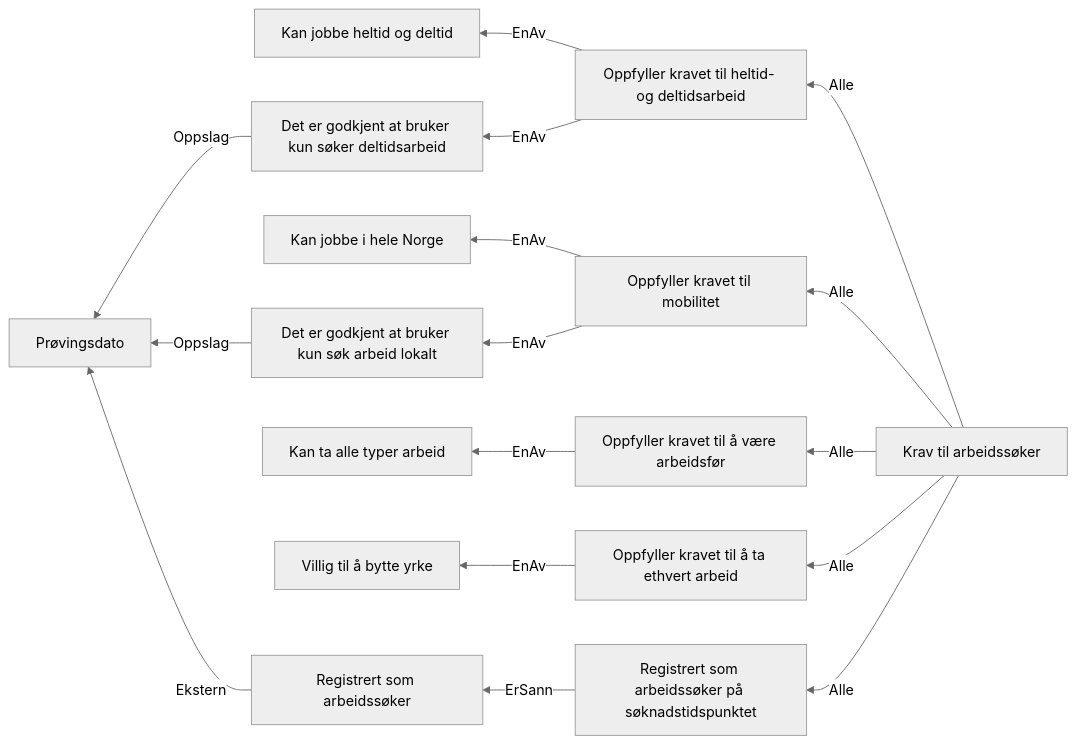
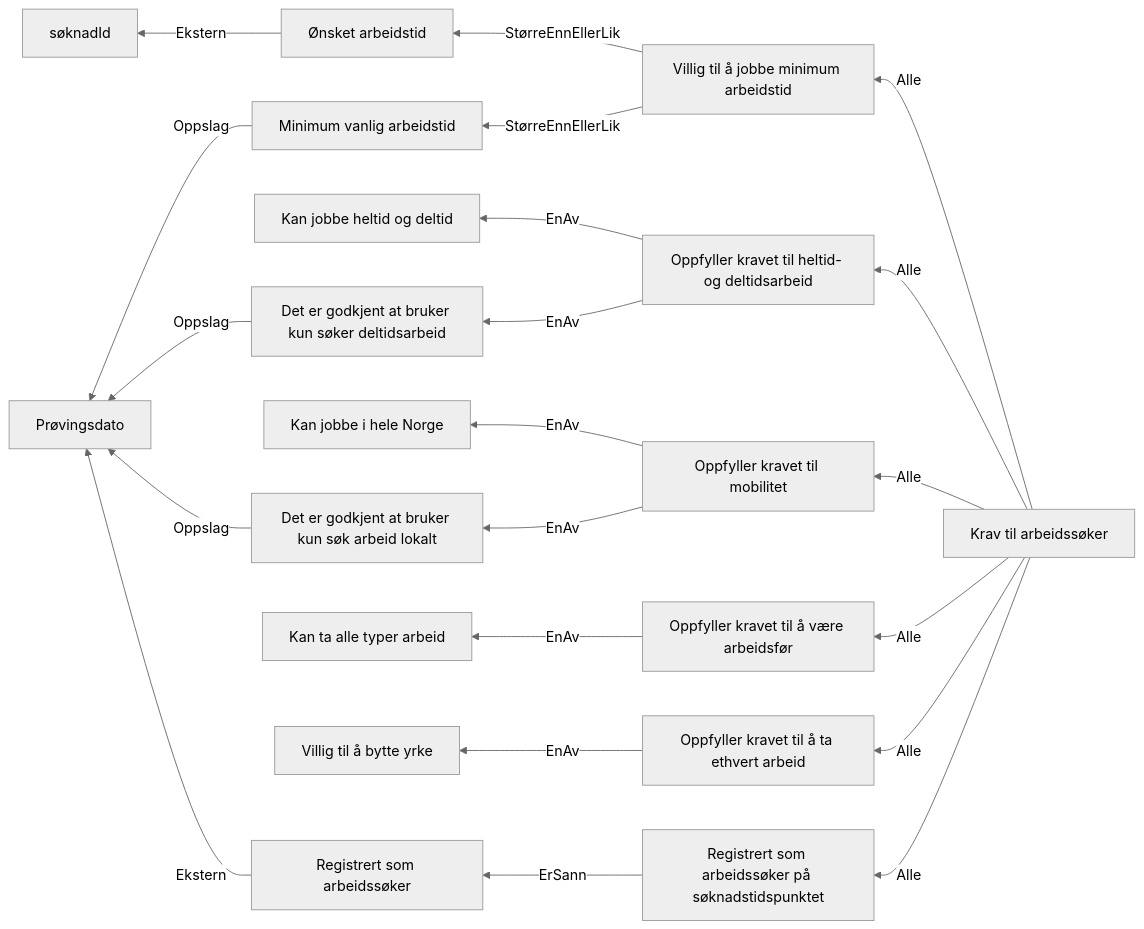
The diagram in docs/regler/§ 4-5. Reelle arbeidssøkere.approved.md (navikt/dp-vedtak), drawn with Mermaid (neutral theme) before and after one commit. The commit also changed other lines of this file and 15 other files, not shown here.

Commit message:
Flytt vurdering av ønsket arbeidstid til reell arbeidssøker

````diff
--- a/docs/regler/§ 4-5. Reelle arbeidssøkere.approved.md
+++ b/docs/regler/§ 4-5. Reelle arbeidssøkere.approved.md
@@ -5,18 +5,23 @@
 ```mermaid
 graph RL
-  A["Det er godkjent at bruker kun søker deltidsarbeid"] -->|"Oppslag"| B["Prøvingsdato"]
-  C["Det er godkjent at bruker kun søk arbeid lokalt"] -->|"Oppslag"| B["Prøvingsdato"]
-  D["Oppfyller kravet til heltid- og deltidsarbeid"] -->|"EnAv"| E["Kan jobbe heltid og deltid"]
-  D["Oppfyller kravet til heltid- og deltidsarbeid"] -->|"EnAv"| A["Det er godkjent at bruker kun søker deltidsarbeid"]
-  F["Oppfyller kravet til mobilitet"] -->|"EnAv"| G["Kan jobbe i hele Norge"]
-  F["Oppfyller kravet til mobilitet"] -->|"EnAv"| C["Det er godkjent at bruker kun søk arbeid lokalt"]
-  H["Oppfyller kravet til å være arbeidsfør"] -->|"EnAv"| I["Kan ta alle typer arbeid"]
-  J["Oppfyller kravet til å ta ethvert arbeid"] -->|"EnAv"| K["Villig til å bytte yrke"]
-  L["Registrert som arbeidssøker"] -->|"Ekstern"| B["Prøvingsdato"]
-  M["Registrert som arbeidssøker på søknadstidspunktet"] -->|"ErSann"| L["Registrert som arbeidssøker"]
-  N["Krav til arbeidssøker"] -->|"Alle"| D["Oppfyller kravet til heltid- og deltidsarbeid"]
-  N["Krav til arbeidssøker"] -->|"Alle"| F["Oppfyller kravet til mobilitet"]
-  N["Krav til arbeidssøker"] -->|"Alle"| H["Oppfyller kravet til å være arbeidsfør"]
-  N["Krav til arbeidssøker"] -->|"Alle"| J["Oppfyller kravet til å ta ethvert arbeid"]
-  N["Krav til arbeidssøker"] -->|"Alle"| M["Registrert som arbeidssøker på søknadstidspunktet"]
+  A["Ønsket arbeidstid"] -->|"Ekstern"| B["søknadId"]
+  C["Minimum vanlig arbeidstid"] -->|"Oppslag"| D["Prøvingsdato"]
+  E["Villig til å jobbe minimum arbeidstid"] -->|"StørreEnnEllerLik"| A["Ønsket arbeidstid"]
+  E["Villig til å jobbe minimum arbeidstid"] -->|"StørreEnnEllerLik"| C["Minimum vanlig arbeidstid"]
+  F["Det er godkjent at bruker kun søker deltidsarbeid"] -->|"Oppslag"| D["Prøvingsdato"]
+  G["Det er godkjent at bruker kun søk arbeid lokalt"] -->|"Oppslag"| D["Prøvingsdato"]
+  H["Oppfyller kravet til heltid- og deltidsarbeid"] -->|"EnAv"| I["Kan jobbe heltid og deltid"]
+  H["Oppfyller kravet til heltid- og deltidsarbeid"] -->|"EnAv"| F["Det er godkjent at bruker kun søker deltidsarbeid"]
+  J["Oppfyller kravet til mobilitet"] -->|"EnAv"| K["Kan jobbe i hele Norge"]
+  J["Oppfyller kravet til mobilitet"] -->|"EnAv"| G["Det er godkjent at bruker kun søk arbeid lokalt"]
+  L["Oppfyller kravet til å være arbeidsfør"] -->|"EnAv"| M["Kan ta alle typer arbeid"]
+  N["Oppfyller kravet til å ta ethvert arbeid"] -->|"EnAv"| O["Villig til å bytte yrke"]
+  P["Registrert som arbeidssøker"] -->|"Ekstern"| D["Prøvingsdato"]
+  Q["Registrert som arbeidssøker på søknadstidspunktet"] -->|"ErSann"| P["Registrert som arbeidssøker"]
+  R["Krav til arbeidssøker"] -->|"Alle"| E["Villig til å jobbe minimum arbeidstid"]
+  R["Krav til arbeidssøker"] -->|"Alle"| H["Oppfyller kravet til heltid- og deltidsarbeid"]
+  R["Krav til arbeidssøker"] -->|"Alle"| J["Oppfyller kravet til mobilitet"]
+  R["Krav til arbeidssøker"] -->|"Alle"| L["Oppfyller kravet til å være arbeidsfør"]
+  R["Krav til arbeidssøker"] -->|"Alle"| N["Oppfyller kravet til å ta ethvert arbeid"]
+  R["Krav til arbeidssøker"] -->|"Alle"| Q["Registrert som arbeidssøker på søknadstidspunktet"]
 ```
````
